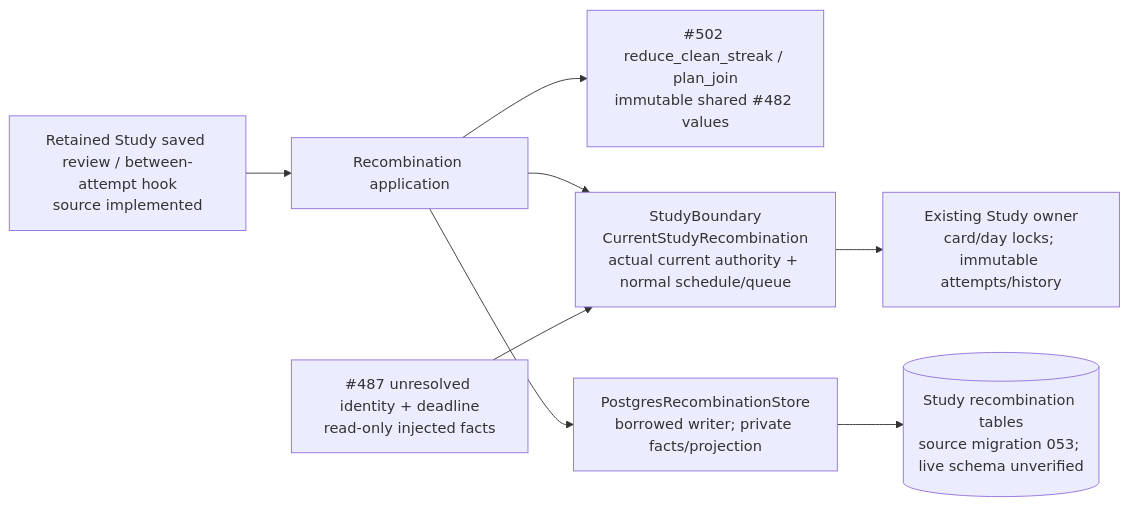
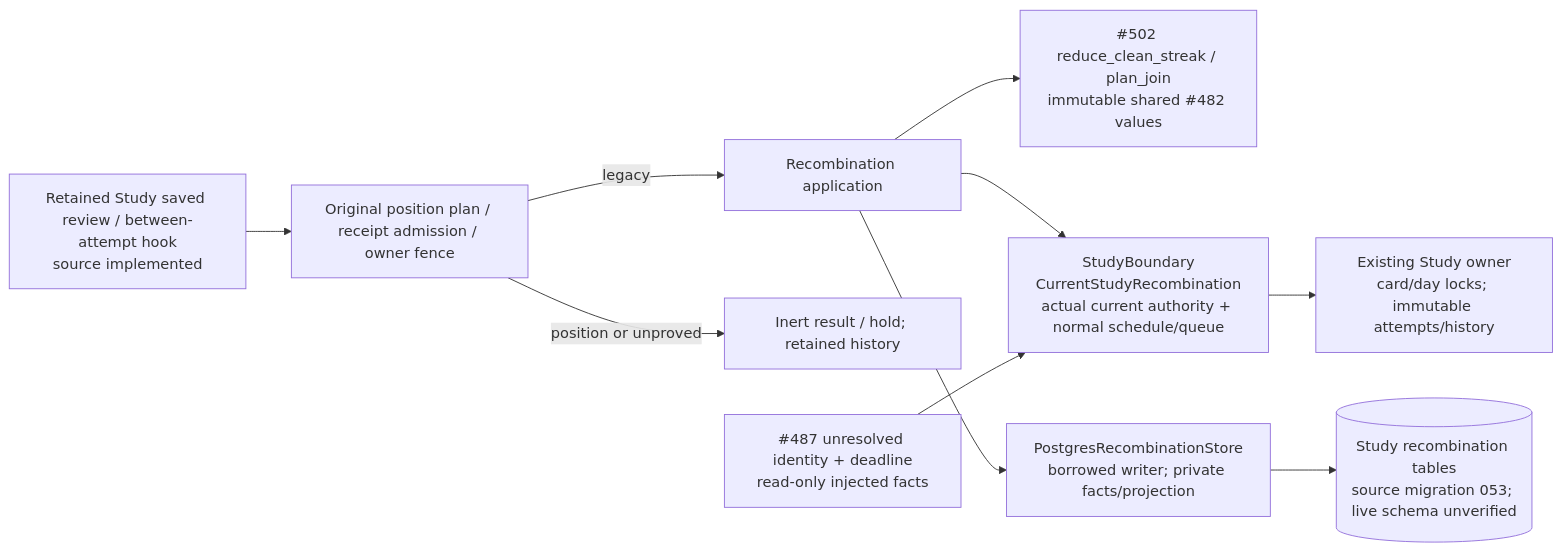
The second of 4 diagrams in backend/app/study/recombination/README.md (aaweaver-actuary/tempo), drawn with Mermaid before and after one commit. The commit also changed other lines of this file and 2 other files, not shown here.

Commit message:
Keep legacy recombination inert for position-owned Study attempts

````diff
--- a/backend/app/study/recombination/README.md
+++ b/backend/app/study/recombination/README.md
@@ -197,10 +213,12 @@
 ```mermaid
 flowchart LR
-    Saved["Retained Study saved review / between-attempt hook\nsource implemented"] --> App["Recombination application"]
+    Saved["Retained Study saved review / between-attempt hook\nsource implemented"] --> Ownership["Original position plan / receipt admission / owner fence"]
+    Ownership -->|legacy| App["Recombination application"]
+    Ownership -->|position or unproved| Inert["Inert result / hold; retained history"]
     App --> Policy["#502 reduce_clean_streak / plan_join\nimmutable shared #482 values"]
     App --> Boundary["StudyBoundary\nCurrentStudyRecombination\nactual current authority + normal schedule/queue"]
     App --> Store["PostgresRecombinationStore\nborrowed writer; private facts/projection"]
     Boundary --> Owned["Existing Study owner\ncard/day locks; immutable attempts/history"]
     Store --> Private[("Study recombination tables\nsource migration 053; live schema unverified")]
     Obligations["#487 unresolved identity + deadline\nread-only injected facts"] --> Boundary
 ```
````
